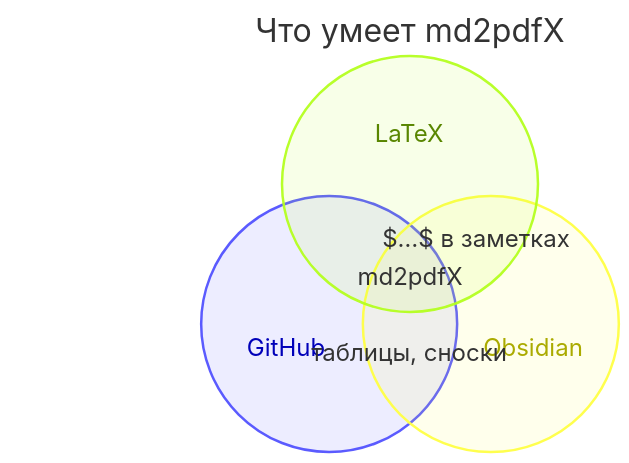
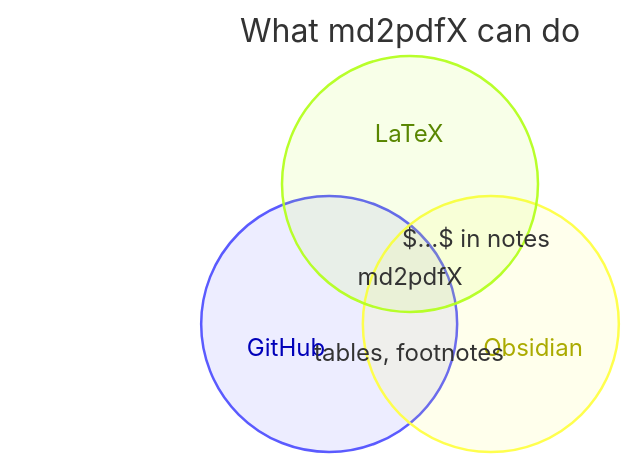
The ninth of 9 diagrams in examples/charts.md (Kseen715/md2pdfX), drawn with Mermaid before and after one commit. The commit also changed other lines of this file and 25 other files, not shown here.

````diff
--- a/examples/charts.md
+++ b/examples/charts.md
@@ -124,10 +124,10 @@
 ```mermaid
 venn-beta
-    title Что умеет md2pdfX
+    title What md2pdfX can do
     set A["GitHub"]
     set B["Obsidian"]
     set C["LaTeX"]
-    union A,B["таблицы, сноски"]
-    union B,C["$…$ в заметках"]
+    union A,B["tables, footnotes"]
+    union B,C["$…$ in notes"]
     union A,B,C["md2pdfX"]
 ```
````
